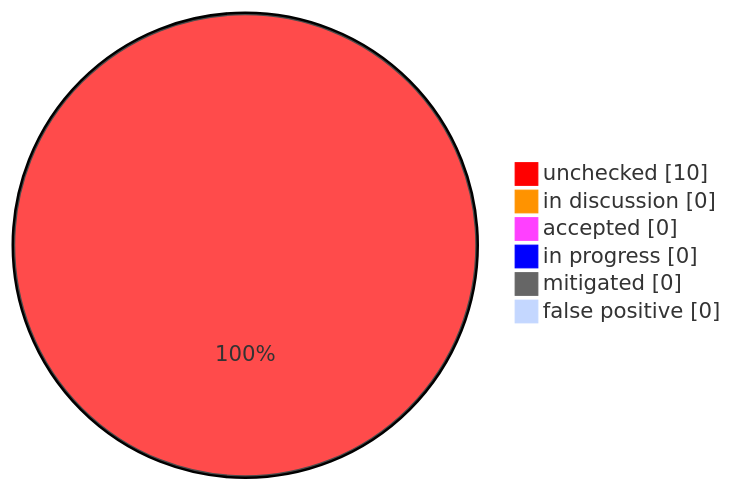
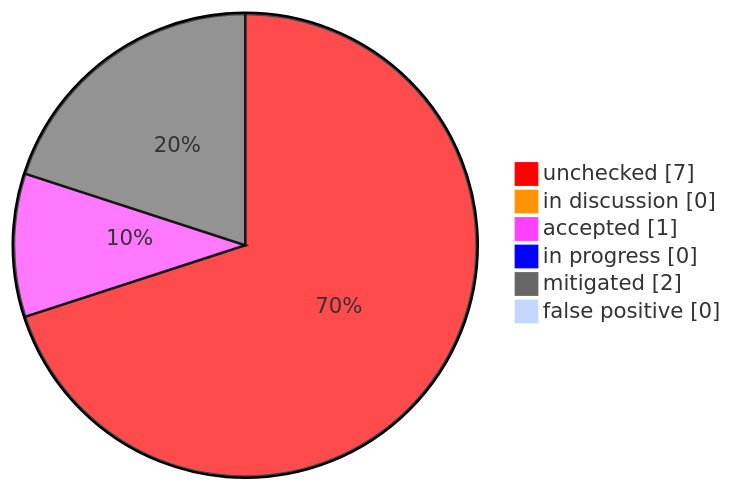
The second of 2 diagrams in report/adocReport/010_ManagementSummary.adoc (0x3f8/threat-model-demo), drawn with Mermaid before and after one commit. The commit also changed 28 other files, not shown here.

```diff
--- a/report/adocReport/010_ManagementSummary.adoc
+++ b/report/adocReport/010_ManagementSummary.adoc
@@ -35,11 +35,11 @@
 [mermaid]
 ....
 %%{init: {'pie' : {'textPosition' : 0.5}, 'theme': 'base', 'themeVariables': { 'pie1': '#FF0000', 'pie2': '#FF9300', 'pie3': '#FF40FF', 'pie4': '#0000FF', 'pie5': '#008F00', 'pie5': '#666666'}}}%%
 pie showData
-  "unchecked" : 10
+  "unchecked" : 7
   "in discussion" : 0
-  "accepted" : 0
+  "accepted" : 1
   "in progress" : 0
-  "mitigated" : 0
+  "mitigated" : 2
   "false positive" : 0
 ....
```
